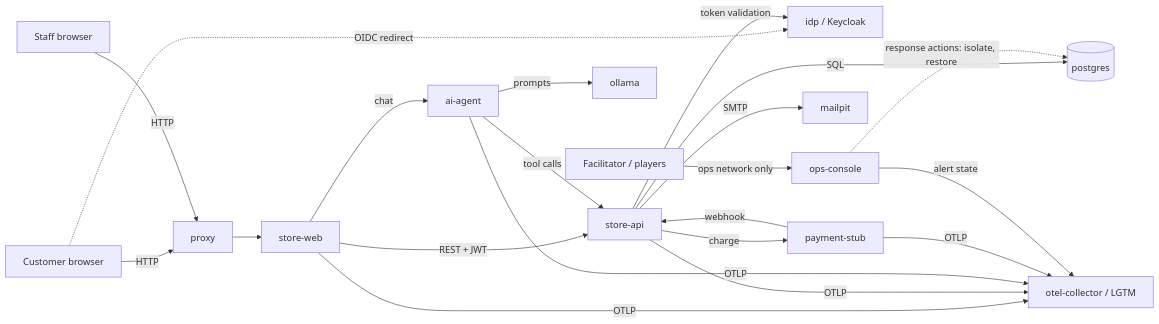
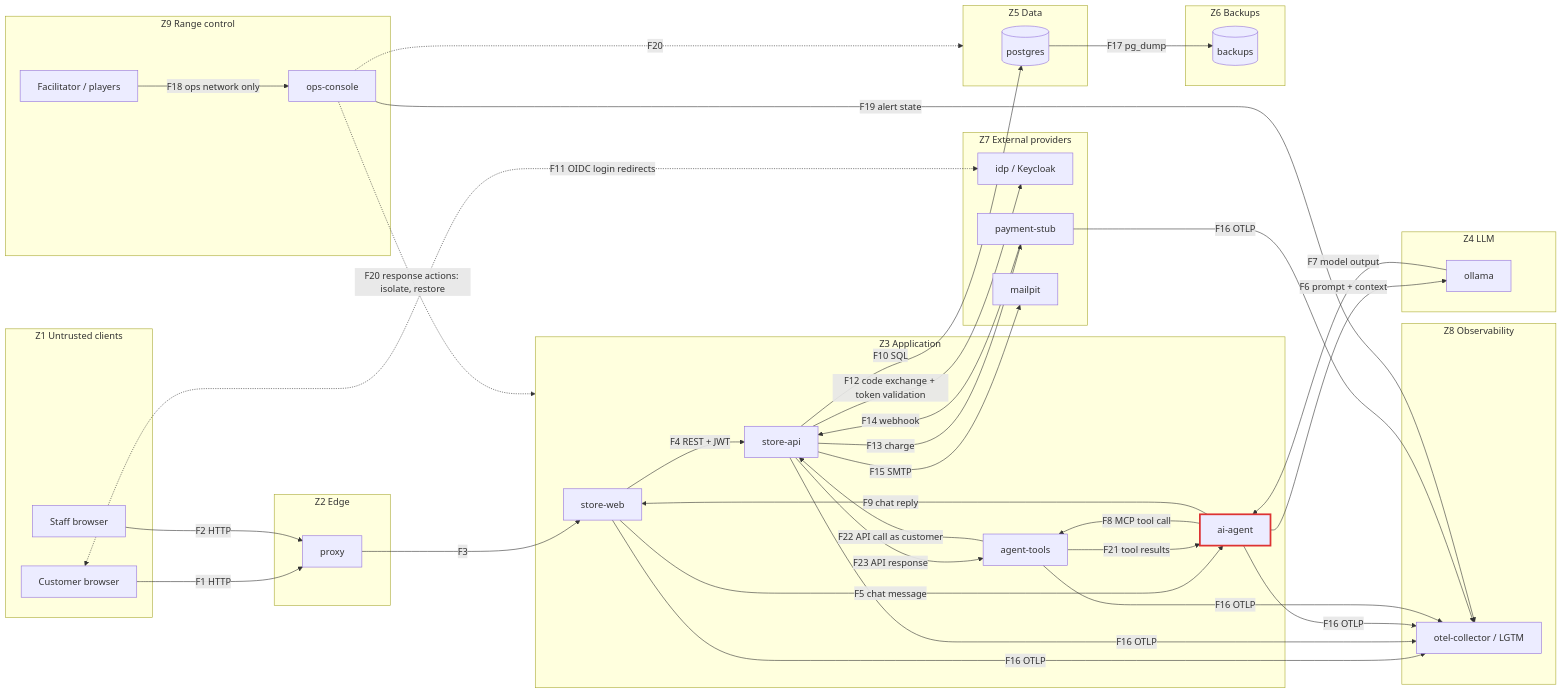
The diagram in docs/architecture.md (Qisuk/cyber_ducks), drawn with Mermaid before and after one commit. The commit also changed other lines of this file and 2 other files, not shown here.

Commit message:
Threat model 1.4: trust zones, numbered flows, boundaries; add MCP tool server
- Architecture: data-flow diagram grouped into trust zones Z1-Z9,
  flows F1-F23 numbered with a flow table
- Threat model 1.4: zones table and trust boundaries TB1-TB11 with
  dangerous direction and receiver checks; full flow coverage
- ADR-0009: separate agent-tools MCP server as the agent's only route
  to any API (amends ADR-0004); tool results (F21) modelled as the
  indirect prompt-injection path

````diff
--- a/docs/architecture.md
+++ b/docs/architecture.md
@@ -29,20 +36,65 @@
 ```mermaid
 flowchart LR
-    U[Customer browser] -->|HTTP| P[proxy]
-    S[Staff browser] -->|HTTP| P
-    P --> W[store-web]
-    W -->|REST + JWT| A[store-api]
-    W -->|chat| G[ai-agent]
-    G -->|tool calls| A
-    G -->|prompts| O[ollama]
-    A -->|SQL| D[(postgres)]
-    U -.->|OIDC redirect| I[idp / Keycloak]
-    A -->|token validation| I
-    A -->|charge| PS[payment-stub]
-    PS -->|webhook| A
-    A -->|SMTP| M[mailpit]
-    W & A & G & PS -->|OTLP| T[otel-collector / LGTM]
-    F[Facilitator / players] -->|ops network only| C[ops-console]
-    C -->|alert state| T
-    C -.->|response actions: isolate, restore| D
+    subgraph Z1["Z1 Untrusted clients"]
+        U[Customer browser]
+        S[Staff browser]
+    end
+    subgraph Z2["Z2 Edge"]
+        P[proxy]
+    end
+    subgraph Z3["Z3 Application"]
+        W[store-web]
+        A[store-api]
+        G[ai-agent]
+        K[agent-tools]
+    end
+    subgraph Z4["Z4 LLM"]
+        O[ollama]
+    end
+    subgraph Z5["Z5 Data"]
+        D[(postgres)]
+    end
+    subgraph Z6["Z6 Backups"]
+        B[(backups)]
+    end
+    subgraph Z7["Z7 External providers"]
+        I[idp / Keycloak]
+        PS[payment-stub]
+        M[mailpit]
+    end
+    subgraph Z8["Z8 Observability"]
+        T[otel-collector / LGTM]
+    end
+    subgraph Z9["Z9 Range control"]
+        F[Facilitator / players]
+        C[ops-console]
+    end
+
+    classDef untrusted stroke:#d33,stroke-width:3px
+    class G untrusted
+
+    U -->|F1 HTTP| P
+    S -->|F2 HTTP| P
+    P -->|F3| W
+    W -->|F4 REST + JWT| A
+    W -->|F5 chat message| G
+    G -->|F6 prompt + context| O
+    O -->|F7 model output| G
+    G -->|F8 MCP tool call| K
+    K -->|F21 tool results| G
+    K -->|F22 API call as customer| A
+    A -->|F23 API response| K
+    G -->|F9 chat reply| W
+    A -->|F10 SQL| D
+    U <-.->|F11 OIDC login redirects| I
+    A -->|F12 code exchange + token validation| I
+    A -->|F13 charge| PS
+    PS -->|F14 webhook| A
+    A -->|F15 SMTP| M
+    W & A & G & K & PS -->|F16 OTLP| T
+    D -->|F17 pg_dump| B
+    F -->|F18 ops network only| C
+    C -->|F19 alert state| T
+    C -.->|F20 response actions: isolate, restore| Z3
+    C -.->|F20| Z5
 ```
````
